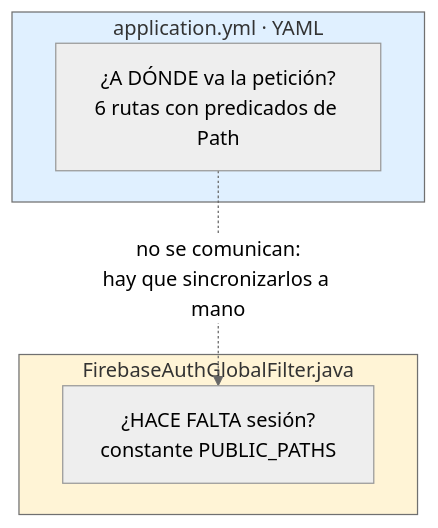
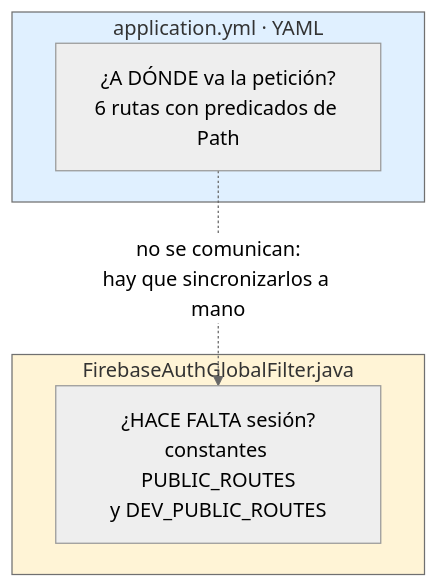
Before and after one commit to Forkthec/cameia-gateway: the fourth of 5 diagrams in docs/COMO-FUNCIONA.md, drawn with Mermaid (neutral theme). The commit also changed other lines of this file and 28 other files, not shown here.

````diff
--- a/docs/COMO-FUNCIONA.md
+++ b/docs/COMO-FUNCIONA.md
@@ -281,13 +292,13 @@
 ```mermaid
 flowchart TB
     subgraph Y["application.yml · YAML"]
         Y1["¿A DÓNDE va la petición?<br/>6 rutas con predicados de Path"]
     end
     subgraph J["FirebaseAuthGlobalFilter.java"]
-        J1["¿HACE FALTA sesión?<br/>constante PUBLIC_PATHS"]
+        J1["¿HACE FALTA sesión?<br/>constantes PUBLIC_ROUTES<br/>y DEV_PUBLIC_ROUTES"]
     end
     Y1 -.->|"no se comunican:<br/>hay que sincronizarlos a mano"| J1
 
     style Y fill:#e0f0ff
     style J fill:#fff4d6
 ```
````
